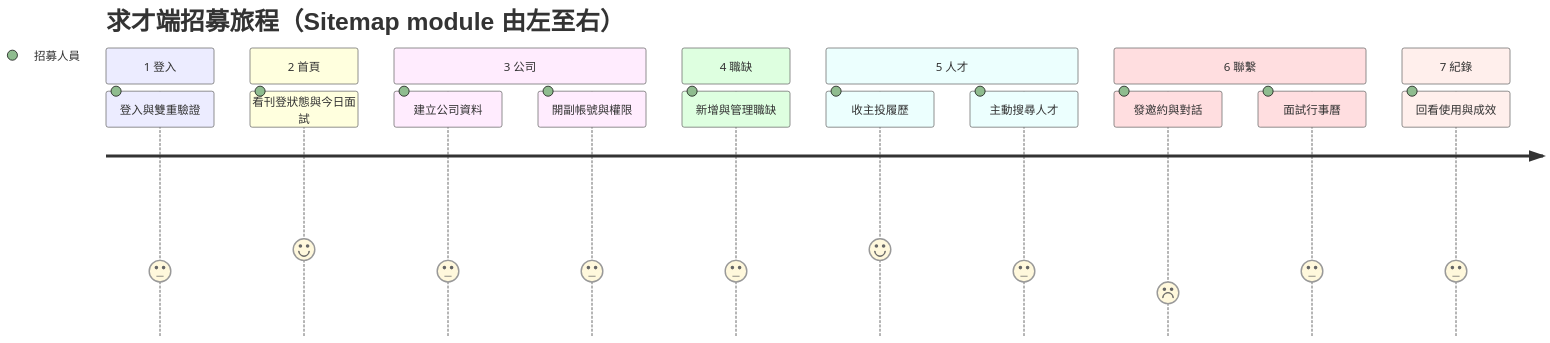
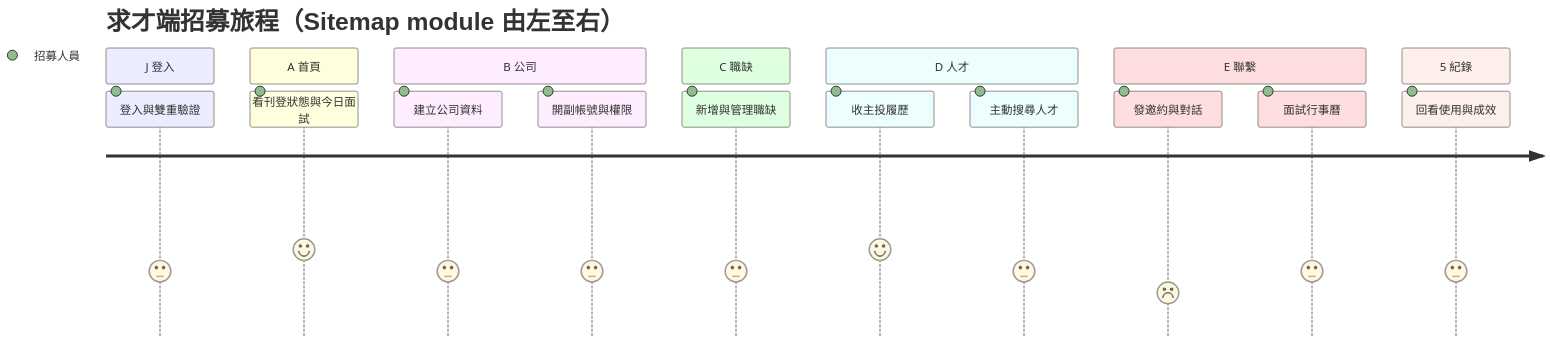
Before and after one commit to SulfurCreek/main: the diagram in user-journey/recruiter_journey_map.md, drawn with Mermaid. The commit also changed other lines of this file, not shown here.

````diff
--- a/user-journey/recruiter_journey_map.md
+++ b/user-journey/recruiter_journey_map.md
@@ -23,21 +41,21 @@
 ```mermaid
 journey
     title 求才端招募旅程（Sitemap module 由左至右）
-    section 1 登入
+    section J 登入
       登入與雙重驗證: 3: 招募人員
-    section 2 首頁
+    section A 首頁
       看刊登狀態與今日面試: 4: 招募人員
-    section 3 公司
+    section B 公司
       建立公司資料: 3: 招募人員
       開副帳號與權限: 3: 招募人員
-    section 4 職缺
+    section C 職缺
       新增與管理職缺: 3: 招募人員
-    section 5 人才
+    section D 人才
       收主投履歷: 4: 招募人員
       主動搜尋人才: 3: 招募人員
-    section 6 聯繫
+    section E 聯繫
       發邀約與對話: 2: 招募人員
       面試行事曆: 3: 招募人員
-    section 7 紀錄
+    section 5 紀錄
       回看使用與成效: 3: 招募人員
 ```
````
